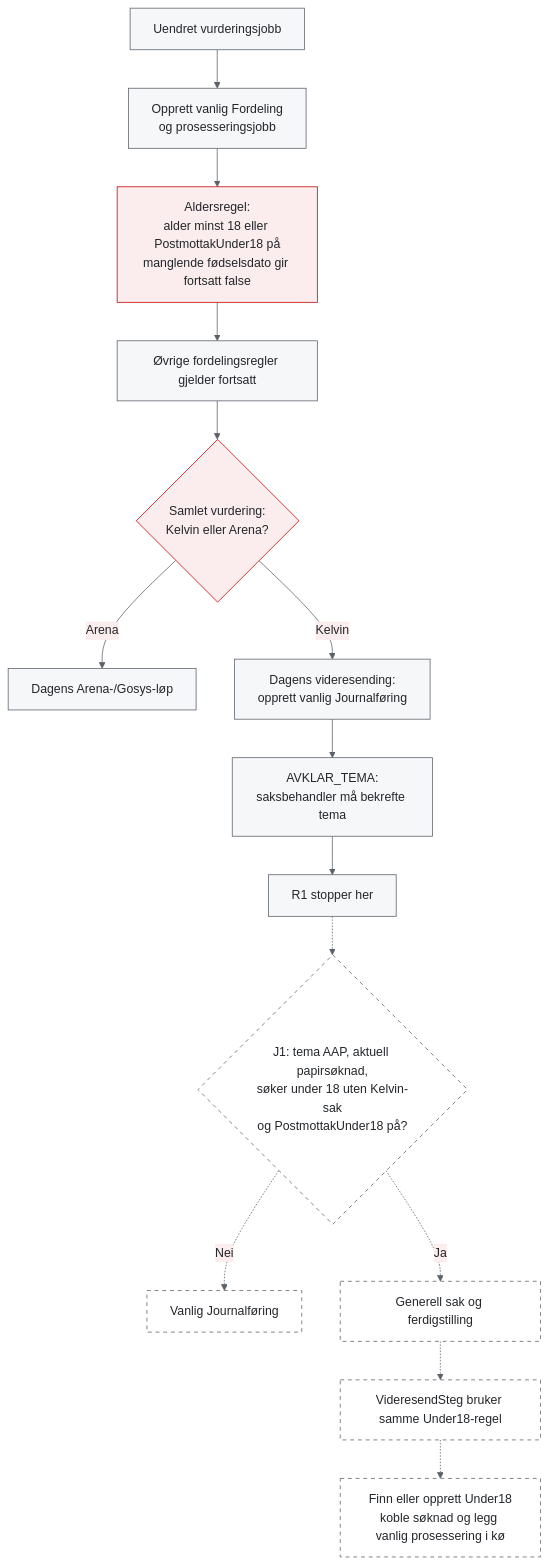
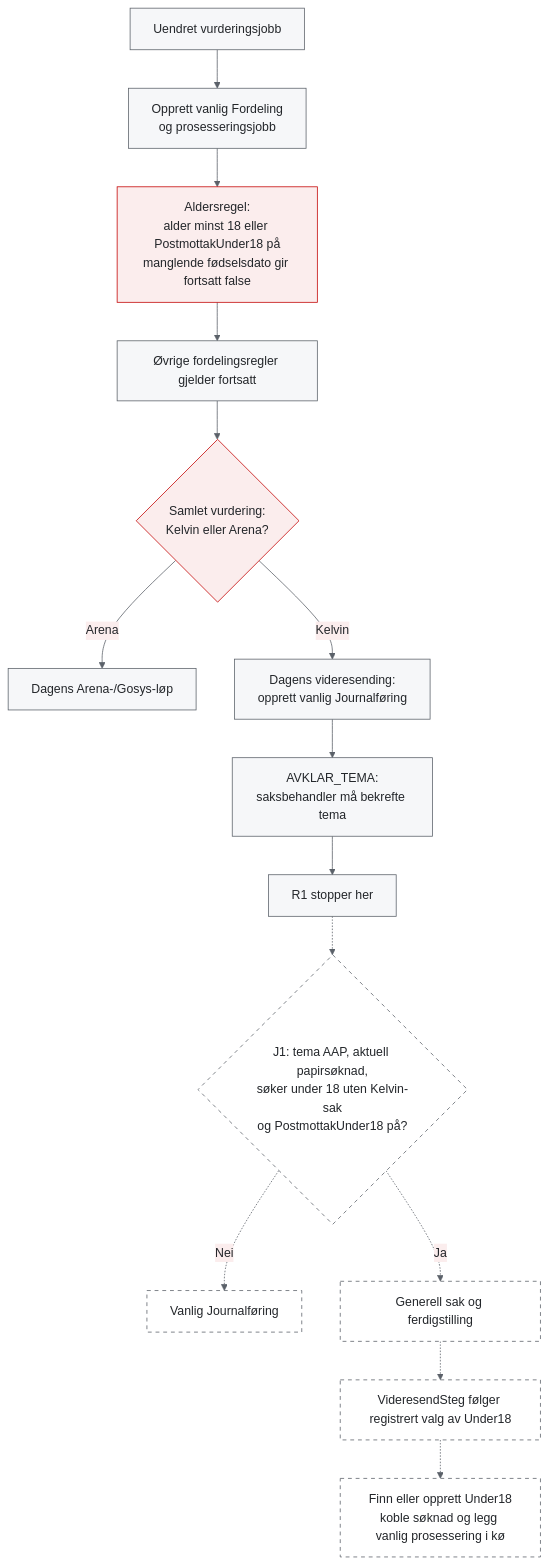
Before and after one commit to navikt/aap-postmottak-backend: the sixth of 6 diagrams in under-18-flyt.md, drawn with Mermaid. The commit also changed other lines of this file and 7 other files, not shown here.

````diff
--- a/under-18-flyt.md
+++ b/under-18-flyt.md
@@ -560,22 +561,22 @@
 ```mermaid
 %%{init: {"theme":"base","themeVariables":{"primaryColor":"#F6F7F9","primaryTextColor":"#23262A","primaryBorderColor":"#5B6169","lineColor":"#5B6169","secondaryColor":"#FBEDED","tertiaryColor":"#F6F7F9","background":"#FFFFFF"}}}%%
 flowchart TD
     vurder["Uendret vurderingsjobb"] --> fordeling["Opprett vanlig Fordeling<br/>og prosesseringsjobb"]
     fordeling --> alder["Aldersregel:<br/>alder minst 18 eller PostmottakUnder18 på<br/>manglende fødselsdato gir fortsatt false"]
     alder --> regler["Øvrige fordelingsregler gjelder fortsatt"]
     regler --> system{"Samlet vurdering:<br/>Kelvin eller Arena?"}
     system -->|"Arena"| arena["Dagens Arena-/Gosys-løp"]
     system -->|"Kelvin"| journalføring["Dagens videresending:<br/>opprett vanlig Journalføring"]
     journalføring --> tema["AVKLAR_TEMA:<br/>saksbehandler må bekrefte tema"]
     tema --> stopp["R1 stopper her"]
     stopp -.-> j1{"J1: tema AAP, aktuell papirsøknad,<br/>søker under 18 uten Kelvin-sak<br/>og PostmottakUnder18 på?"}
     j1 -.->|"Nei"| vanlig["Vanlig Journalføring"]
     j1 -.->|"Ja"| generell["Generell sak og ferdigstilling"]
-    generell -.-> videresend["VideresendSteg bruker samme Under18-regel"]
+    generell -.-> videresend["VideresendSteg følger registrert valg av Under18"]
     videresend -.-> under18["Finn eller opprett Under18<br/>koble søknad og legg vanlig prosessering i kø"]
     classDef default fill:#F6F7F9,stroke:#5B6169,color:#23262A
     classDef valg fill:#FBEDED,stroke:#C30000,color:#23262A
     classDef senere fill:#FFFFFF,stroke:#5B6169,stroke-dasharray:5 5,color:#23262A
     class alder,system valg
     class j1,vanlig,generell,videresend,under18 senere
 ```
````
